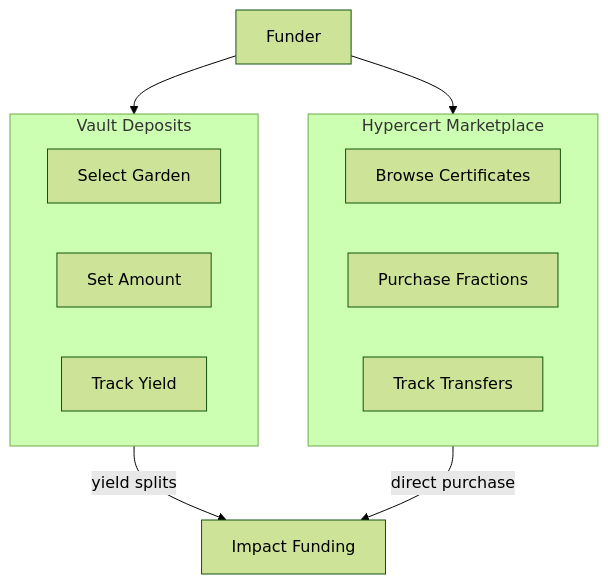
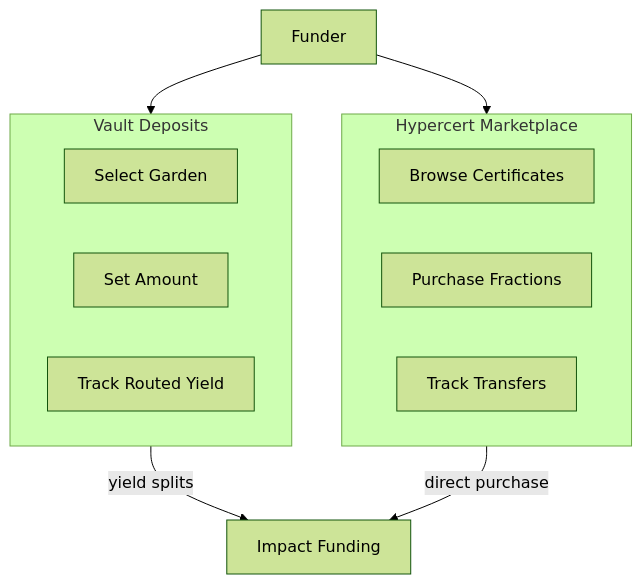
The diagram in docs/docs/community/funder-guide/vaults-and-hypercerts.mdx (greenpill-dev-guild/green-goods), drawn with Mermaid (forest theme) before and after one commit. The commit also changed other lines of this file and 8 other files, not shown here.

````diff
--- a/docs/docs/community/funder-guide/vaults-and-hypercerts.mdx
+++ b/docs/docs/community/funder-guide/vaults-and-hypercerts.mdx
@@ -40,19 +40,19 @@
 ```mermaid
 graph TB
     subgraph Vault["Vault Deposits"]
         Select["Select Garden"]
         Amount["Set Amount"]
-        Track["Track Yield"]
+        Track["Track Routed Yield"]
     end
 
     subgraph Market["Hypercert Marketplace"]
         Browse["Browse Certificates"]
         Purchase["Purchase Fractions"]
         Transfer["Track Transfers"]
     end
 
     Funder["Funder"] --> Vault
     Funder --> Market
     Vault -->|yield splits| Impact["Impact Funding"]
     Market -->|direct purchase| Impact
 ```
````
